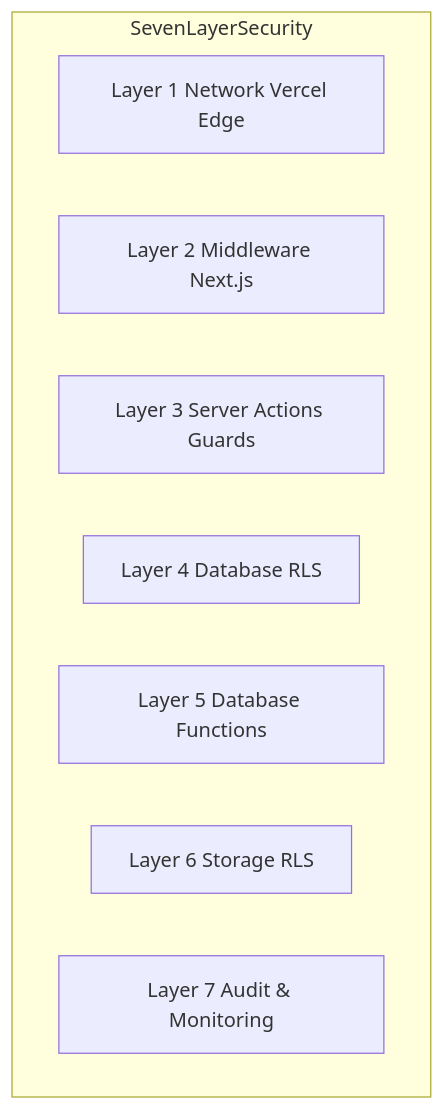
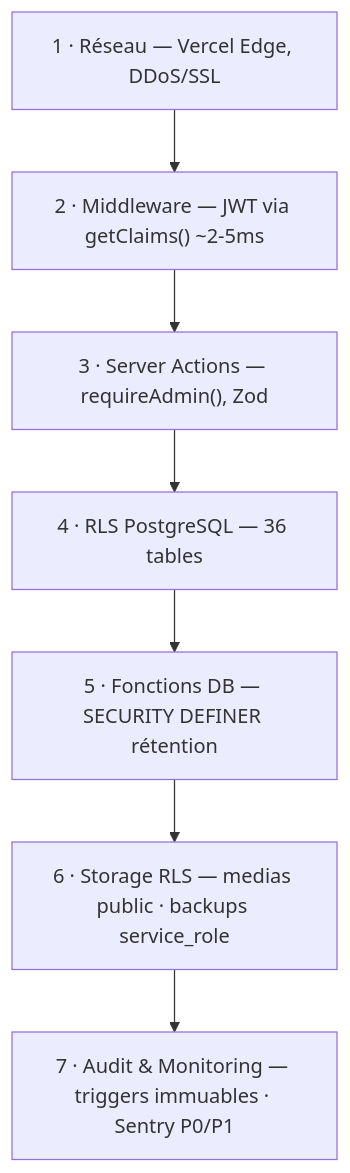
Before and after one commit to YanBerdin/rougecardinalcompany: the second of 2 diagrams in README.md, drawn with Mermaid. The commit also changed other lines of this file and 23 other files, not shown here.

````diff
--- a/README.md
+++ b/README.md
@@ -145,12 +134,12 @@
 ```mermaid
 flowchart TB
-  subgraph SevenLayerSecurity
-    L1[Layer 1 Network Vercel Edge]
-    L2[Layer 2 Middleware Next.js]
-    L3[Layer 3 Server Actions Guards]
-    L4[Layer 4 Database RLS]
-    L5[Layer 5 Database Functions]
-    L6[Layer 6 Storage RLS]
-    L7[Layer 7 Audit & Monitoring]
-  end
-  ```
+  L1["1 · Réseau — Vercel Edge, DDoS/SSL"]
+  L2["2 · Middleware — JWT via getClaims() ~2-5ms"]
+  L3["3 · Server Actions — requireAdmin(), Zod"]
+  L4["4 · RLS PostgreSQL — 36 tables"]
+  L5["5 · Fonctions DB — SECURITY DEFINER rétention"]
+  L6["6 · Storage RLS — medias public · backups service_role"]
+  L7["7 · Audit & Monitoring — triggers immuables · Sentry P0/P1"]
+
+  L1 --> L2 --> L3 --> L4 --> L5 --> L6 --> L7
+```
````
